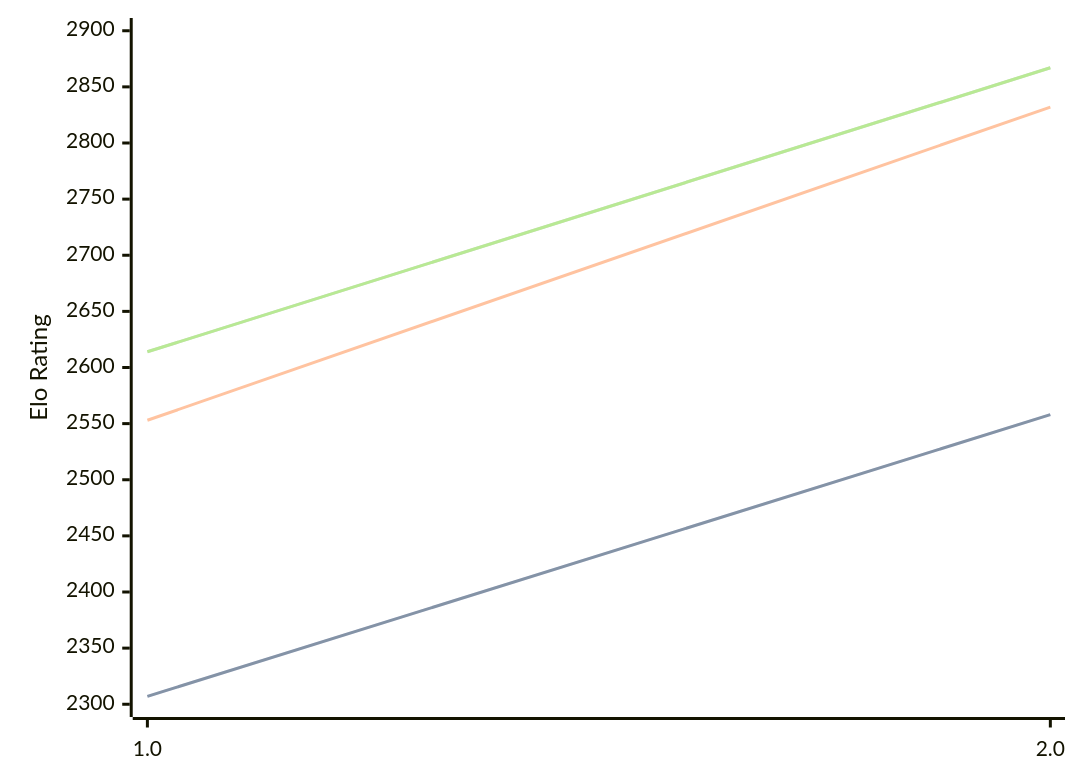
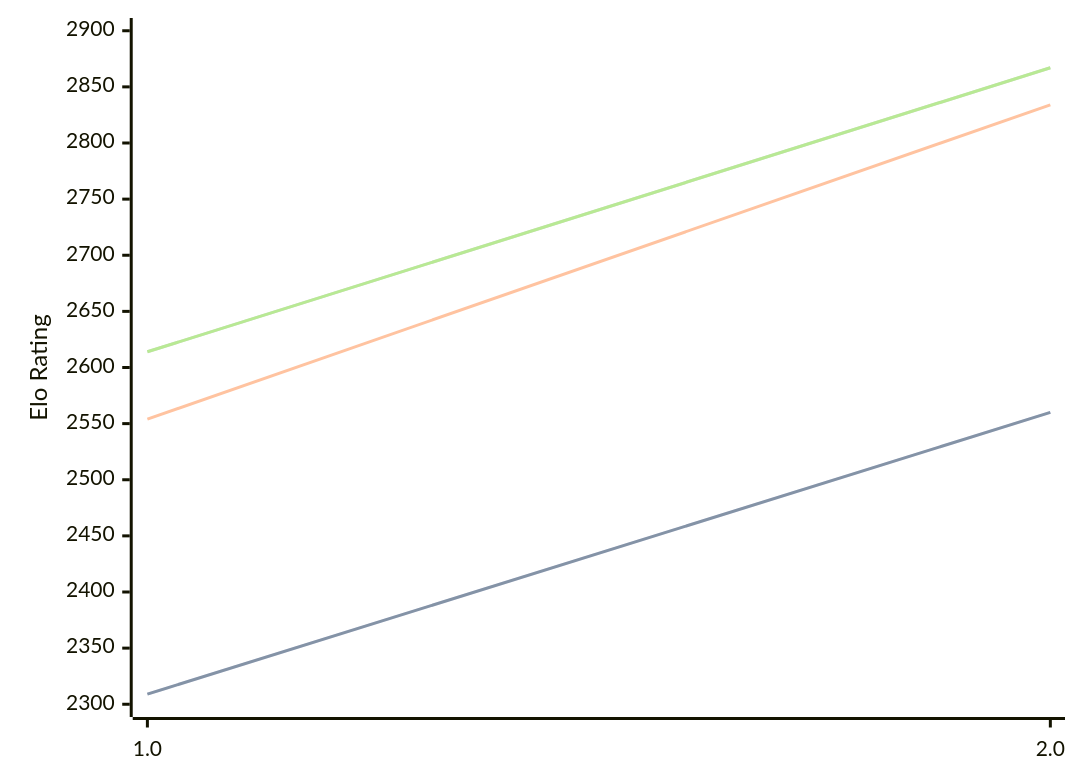
The diagram in engines/Revolver.md (computer-chess-index/cci), drawn with Mermaid before and after one commit. The commit also changed other lines of this file, not shown here.

````diff
--- a/engines/Revolver.md
+++ b/engines/Revolver.md
@@ -32,11 +32,11 @@
 ```mermaid
 %%{init: {"theme":"base","themeVariables":{"seriesColors:['#a3a3a3','#222221','#faa371']}}}%%
 xychart-beta
   x-axis ["1.0", "2.0"]
   y-axis "Elo Rating" 2300 --> 2900
-  line "STC (8.0+0.08s)" [2307, 2558]
-  line "STC (8.0+0.08s)" [2307, 2558]
-  line "LTC (60.0+0.60s)" [2553, 2832]
+  line "STC (8.0+0.08s)" [2309, 2560]
+  line "STC (8.0+0.08s)" [2309, 2560]
+  line "LTC (60.0+0.60s)" [2554, 2834]
   line "VLTC (2m24s+1.12s)" [2614, 2867]
   line "VLTC (2m24s+1.12s)" [2614, 2867]
 ```
````
